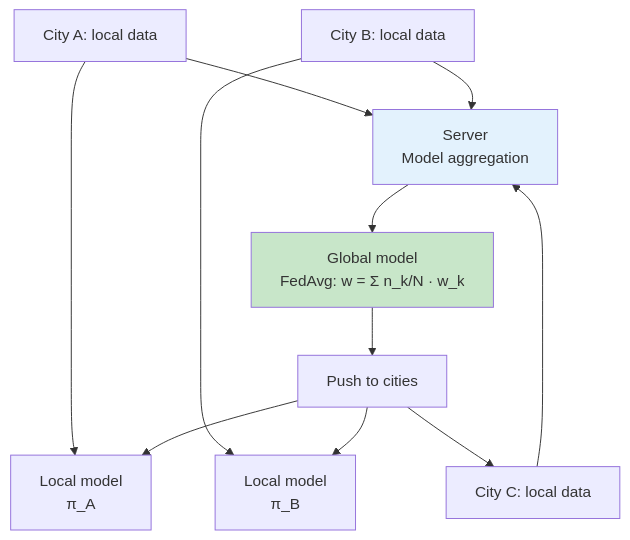
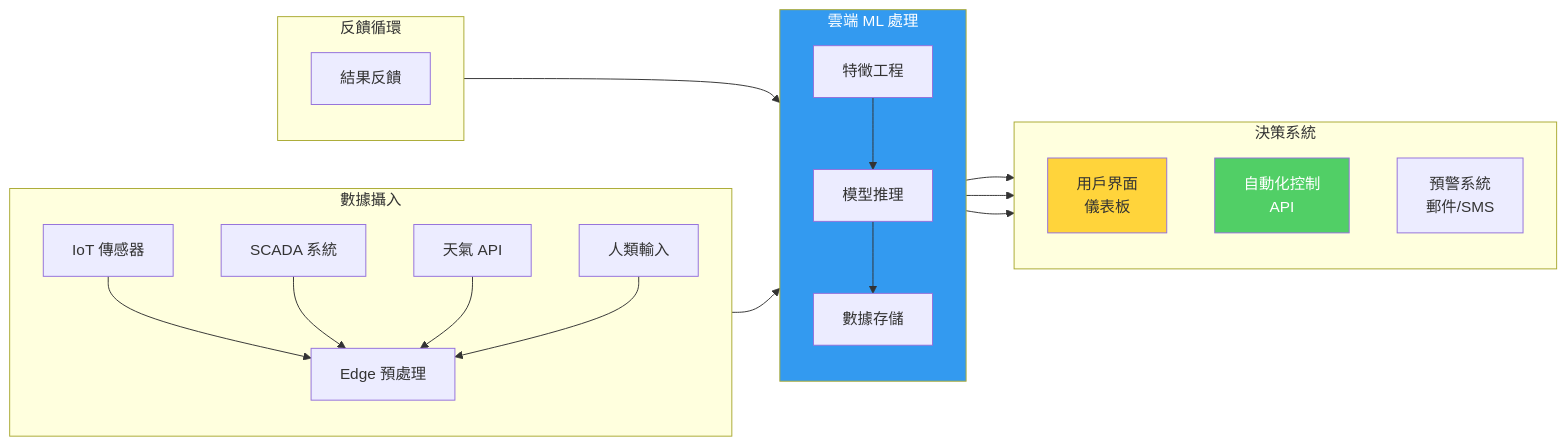
One commit to yip-lgtm/civil-bootcamp changed the fourth of 5 diagrams in MIT_CEE_Core/Track_3_Energy_Transportation_Societal_Systems/Energy_Systems/05_1.C51_ML_Sustainable_Systems_Grad.md. Above: the diagram before and after it, drawn with Mermaid. The commit also changed other lines of this file and 8 other files, not shown here.

````diff
--- a/MIT_CEE_Core/Track_3_Energy_Transportation_Societal_Systems/Energy_Systems/05_1.C51_ML_Sustainable_Systems_Grad.md
+++ b/MIT_CEE_Core/Track_3_Energy_Transportation_Societal_Systems/Energy_Systems/05_1.C51_ML_Sustainable_Systems_Grad.md
@@ -288,15 +814,44 @@
 ```mermaid
-flowchart TD
-    A[City A: local data] --> B[Local model<br/>π_A]
-    A --> F[Server<br/>Model aggregation]
-    C[City B: local data] --> D[Local model<br/>π_B]
-    C --> F
-    E[City C: local data] --> F
-    F --> G[Global model<br/>FedAvg: w = Σ n_k/N · w_k]
-    G --> H[Push to cities]
-    H --> B
-    H --> D
-    H --> E
-    style F fill:#e3f2fd
-    style G fill:#c8e6c9
+flowchart LR
+    subgraph DataIngestion["數據攝入"]
+        direction TB
+        S1[IoT 傳感器]
+        S2[SCADA 系統]
+        S3[天氣 API]
+        S4[人類輸入]
+        S1 --> E[Edge 預處理]
+        S2 --> E
+        S3 --> E
+        S4 --> E
+    end
+    
+    subgraph CloudML["雲端 ML 處理"]
+        direction TB
+        F[特徵工程]
+        M[模型推理]
+        D[數據存儲]
+        E --> F
+        F --> M
+        M --> D
+    end
+    
+    subgraph Decision["決策系統"]
+        direction TB
+        U[用戶界面<br/>儀表板]
+        A[自動化控制<br/>API]
+        P[預警系統<br/>郵件/SMS]
+        D --> U
+        D --> A
+        D --> P
+    end
+    
+    subgraph Feedback["反饋循環"]
+        direction TB
+        R[結果反饋]
+        R --> F
+    end
+    
+    style CloudML fill:#339af0,color:#fff
+    style U fill:#ffd43b
+    style A fill:#51cf66,color:#fff
 ```
````
